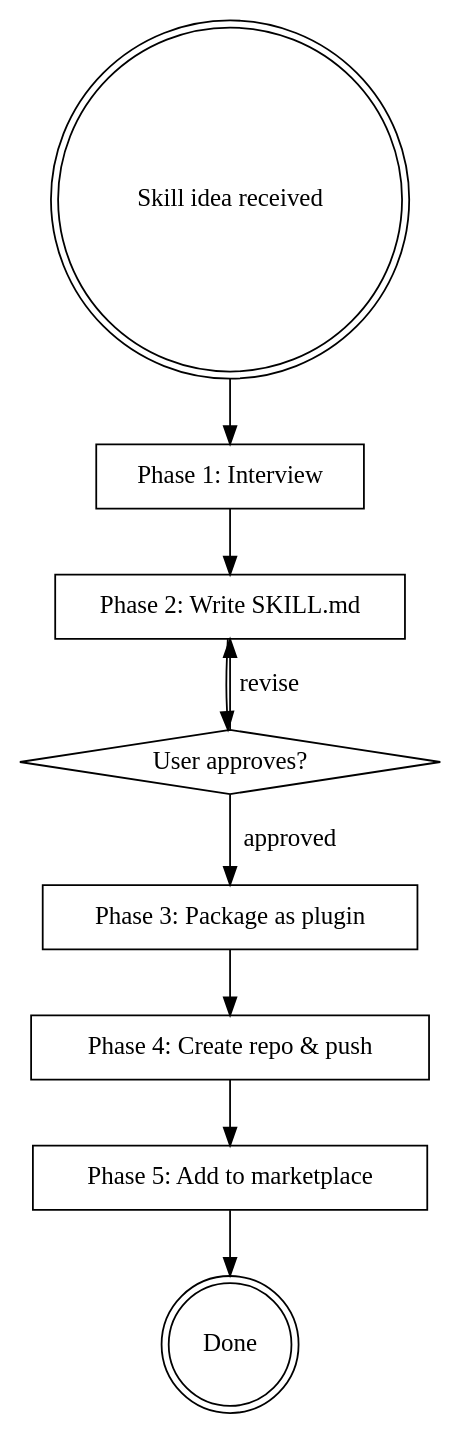
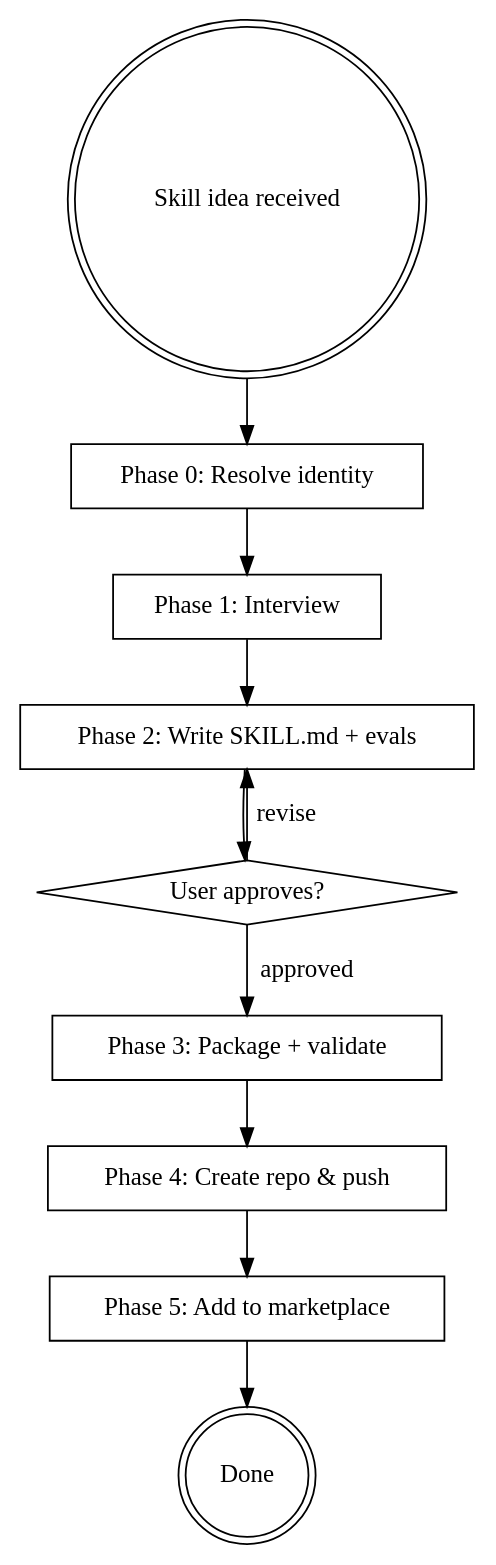
One commit to sundarshahi/shipyard changed the diagram in skills/skill-maker/SKILL.md. Above: the diagram before and after it, drawn with Graphviz. The commit also changed other lines of this file and 37 other files, not shown here.

````diff
--- a/skills/skill-maker/SKILL.md
+++ b/skills/skill-maker/SKILL.md
@@ -74,23 +75,25 @@
 ```dot
 digraph skill_maker {
     rankdir=TB;
 
     "Skill idea received" [shape=doublecircle];
+    "Phase 0: Resolve identity" [shape=box];
     "Phase 1: Interview" [shape=box];
-    "Phase 2: Write SKILL.md" [shape=box];
+    "Phase 2: Write SKILL.md + evals" [shape=box];
     "User approves?" [shape=diamond];
-    "Phase 3: Package as plugin" [shape=box];
+    "Phase 3: Package + validate" [shape=box];
     "Phase 4: Create repo & push" [shape=box];
     "Phase 5: Add to marketplace" [shape=box];
     "Done" [shape=doublecircle];
 
-    "Skill idea received" -> "Phase 1: Interview";
-    "Phase 1: Interview" -> "Phase 2: Write SKILL.md";
-    "Phase 2: Write SKILL.md" -> "User approves?";
-    "User approves?" -> "Phase 2: Write SKILL.md" [label="revise"];
-    "User approves?" -> "Phase 3: Package as plugin" [label="approved"];
-    "Phase 3: Package as plugin" -> "Phase 4: Create repo & push";
+    "Skill idea received" -> "Phase 0: Resolve identity";
+    "Phase 0: Resolve identity" -> "Phase 1: Interview";
+    "Phase 1: Interview" -> "Phase 2: Write SKILL.md + evals";
+    "Phase 2: Write SKILL.md + evals" -> "User approves?";
+    "User approves?" -> "Phase 2: Write SKILL.md + evals" [label="revise"];
+    "User approves?" -> "Phase 3: Package + validate" [label="approved"];
+    "Phase 3: Package + validate" -> "Phase 4: Create repo & push";
     "Phase 4: Create repo & push" -> "Phase 5: Add to marketplace";
     "Phase 5: Add to marketplace" -> "Done";
 }
 ```
````
